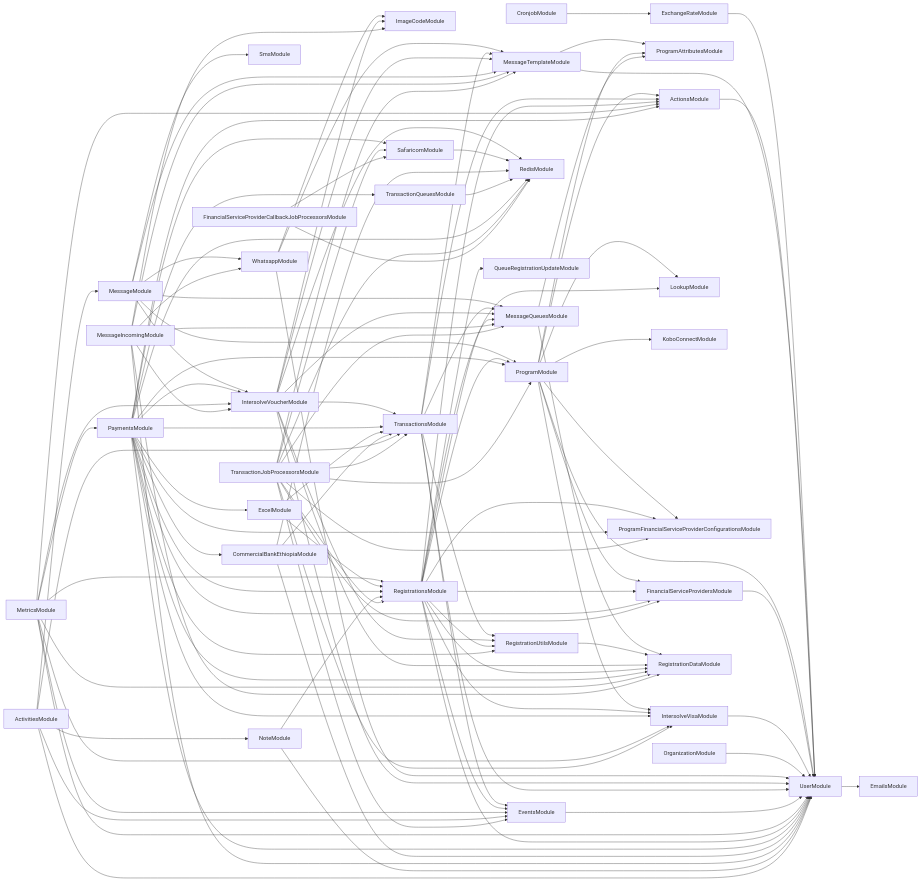
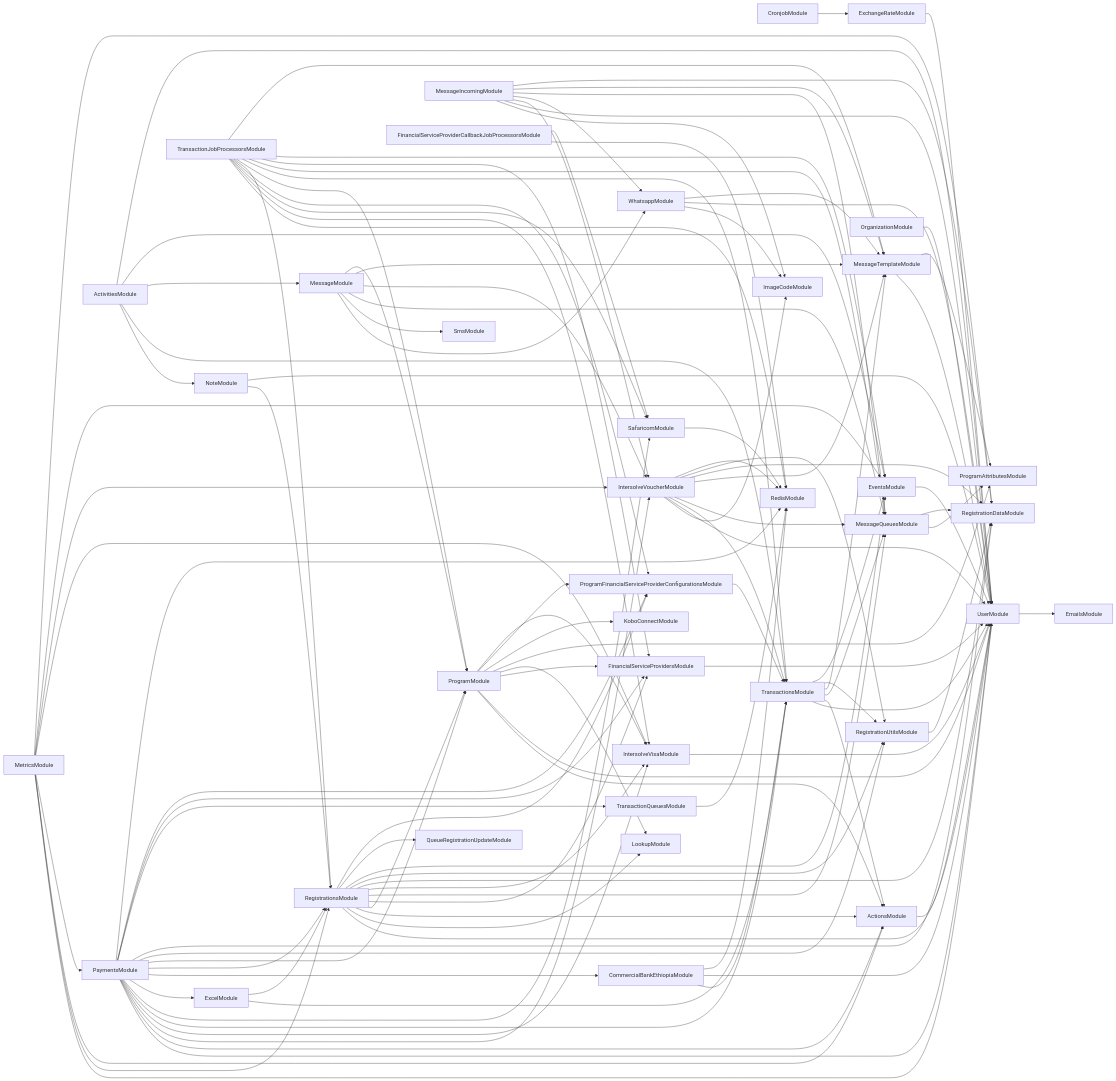
The diagram in services/121-service/module-dependencies.md (global-121/121-platform), drawn with Mermaid before and after one commit. The commit also changed 8 other files, not shown here.

```diff
--- a/services/121-service/module-dependencies.md
+++ b/services/121-service/module-dependencies.md
@@ -16,6 +16,17 @@
   ProgramModule-->ProgramAttributesModule
   ProgramModule-->KoboConnectModule
   ProgramModule-->ProgramFinancialServiceProviderConfigurationsModule
+  ProgramFinancialServiceProviderConfigurationsModule-->TransactionsModule
+  TransactionsModule-->UserModule
+  TransactionsModule-->ActionsModule
+  TransactionsModule-->MessageQueuesModule
+  MessageQueuesModule-->ProgramAttributesModule
+  MessageQueuesModule-->RegistrationDataModule
+  TransactionsModule-->MessageTemplateModule
+  TransactionsModule-->RegistrationUtilsModule
+  RegistrationUtilsModule-->RegistrationDataModule
+  TransactionsModule-->EventsModule
+  EventsModule-->UserModule
   ProgramModule-->IntersolveVisaModule
   IntersolveVisaModule-->UserModule
   OrganizationModule-->UserModule
@@ -25,20 +36,10 @@
   WhatsappModule-->MessageTemplateModule
   MessageModule-->SmsModule
   MessageModule-->MessageQueuesModule
-  MessageQueuesModule-->ProgramAttributesModule
-  MessageQueuesModule-->RegistrationDataModule
   MessageModule-->IntersolveVoucherModule
   IntersolveVoucherModule-->ImageCodeModule
   IntersolveVoucherModule-->UserModule
   IntersolveVoucherModule-->TransactionsModule
-  TransactionsModule-->UserModule
-  TransactionsModule-->ActionsModule
-  TransactionsModule-->MessageQueuesModule
-  TransactionsModule-->MessageTemplateModule
-  TransactionsModule-->RegistrationUtilsModule
-  RegistrationUtilsModule-->RegistrationDataModule
-  TransactionsModule-->EventsModule
-  EventsModule-->UserModule
   IntersolveVoucherModule-->MessageQueuesModule
   IntersolveVoucherModule-->MessageTemplateModule
   IntersolveVoucherModule-->RegistrationDataModule
```
